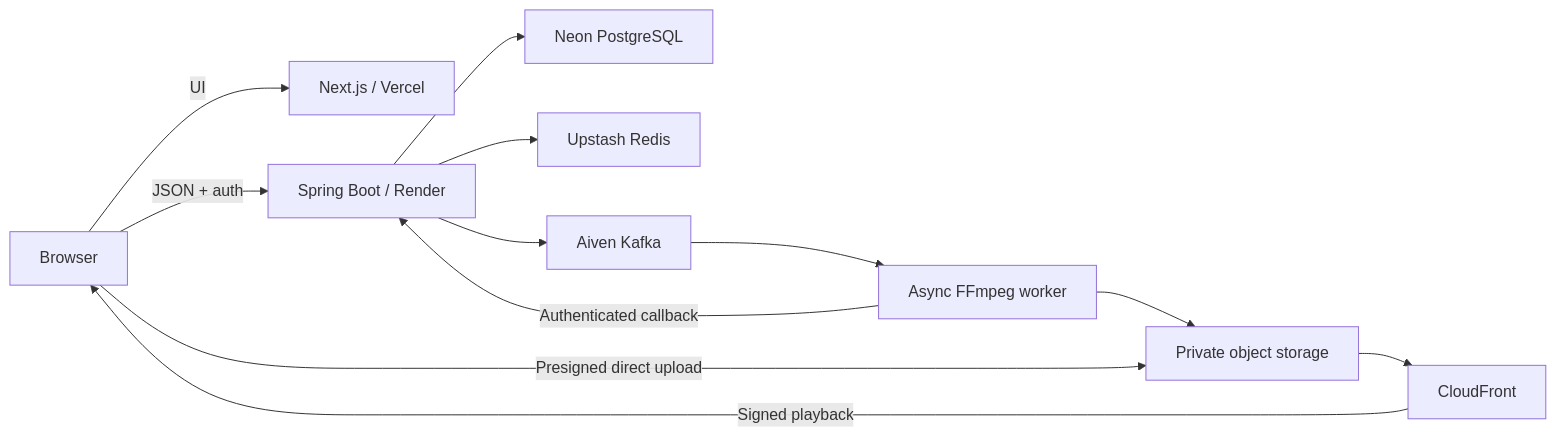
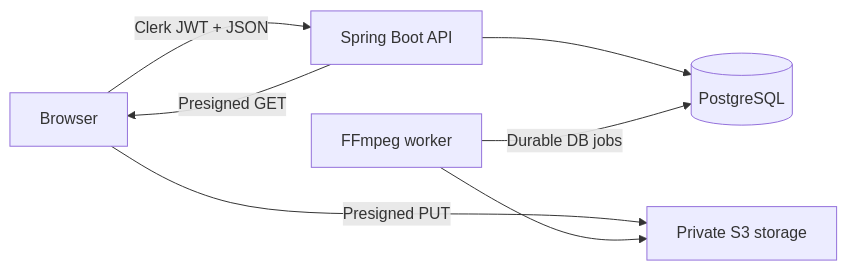
The diagram in README.md (Krrish-Verma/clip), drawn with Mermaid before and after one commit. The commit also changed other lines of this file and 34 other files, not shown here.

````diff
--- a/README.md
+++ b/README.md
@@ -158,14 +68,9 @@
 ```mermaid
 flowchart LR
-  Browser -->|UI| Next[Next.js / Vercel]
-  Browser -->|JSON + auth| API[Spring Boot / Render]
-  Browser -->|Presigned direct upload| S3[Private object storage]
-  API --> Postgres[Neon PostgreSQL]
-  API --> Redis[Upstash Redis]
-  API --> Kafka[Aiven Kafka]
-  Kafka --> Worker[Async FFmpeg worker]
+  Browser -->|Clerk JWT + JSON| API[Spring Boot API]
+  Browser -->|Presigned PUT| S3[Private S3 storage]
+  API --> PG[(PostgreSQL)]
+  Worker[FFmpeg worker] -->|Durable DB jobs| PG
   Worker --> S3
-  Worker -->|Authenticated callback| API
-  S3 --> CDN[CloudFront]
-  CDN -->|Signed playback| Browser
+  API -->|Presigned GET| Browser
 ```
````
